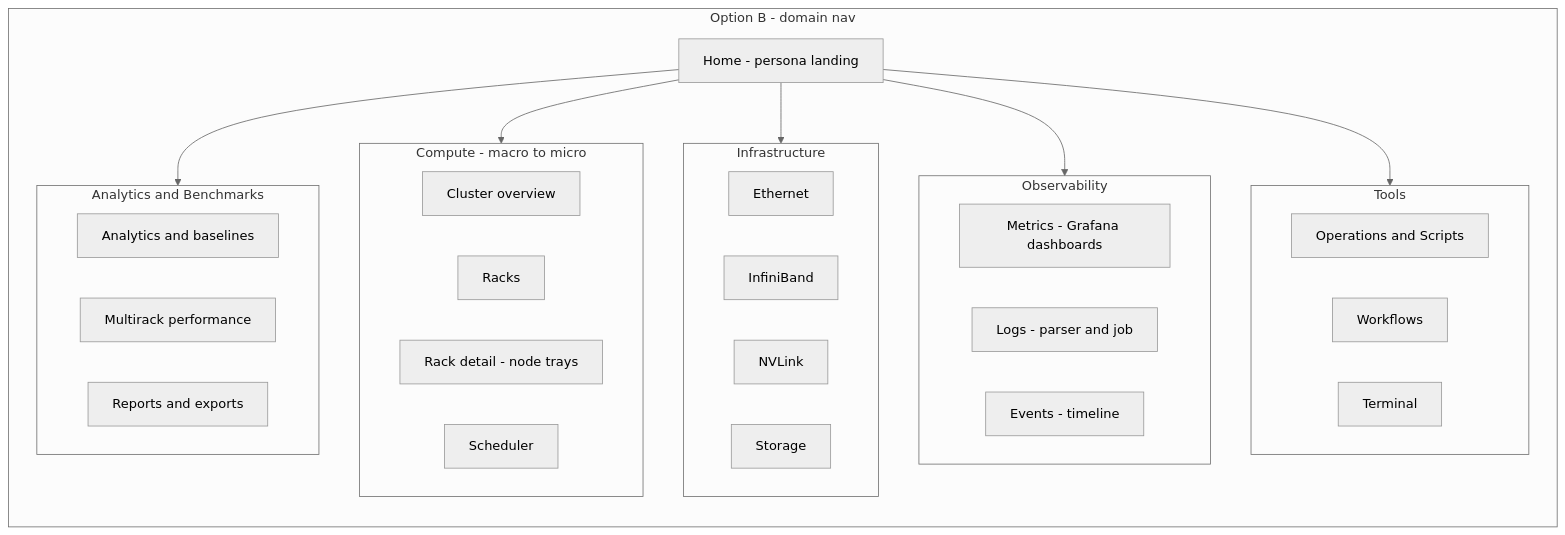
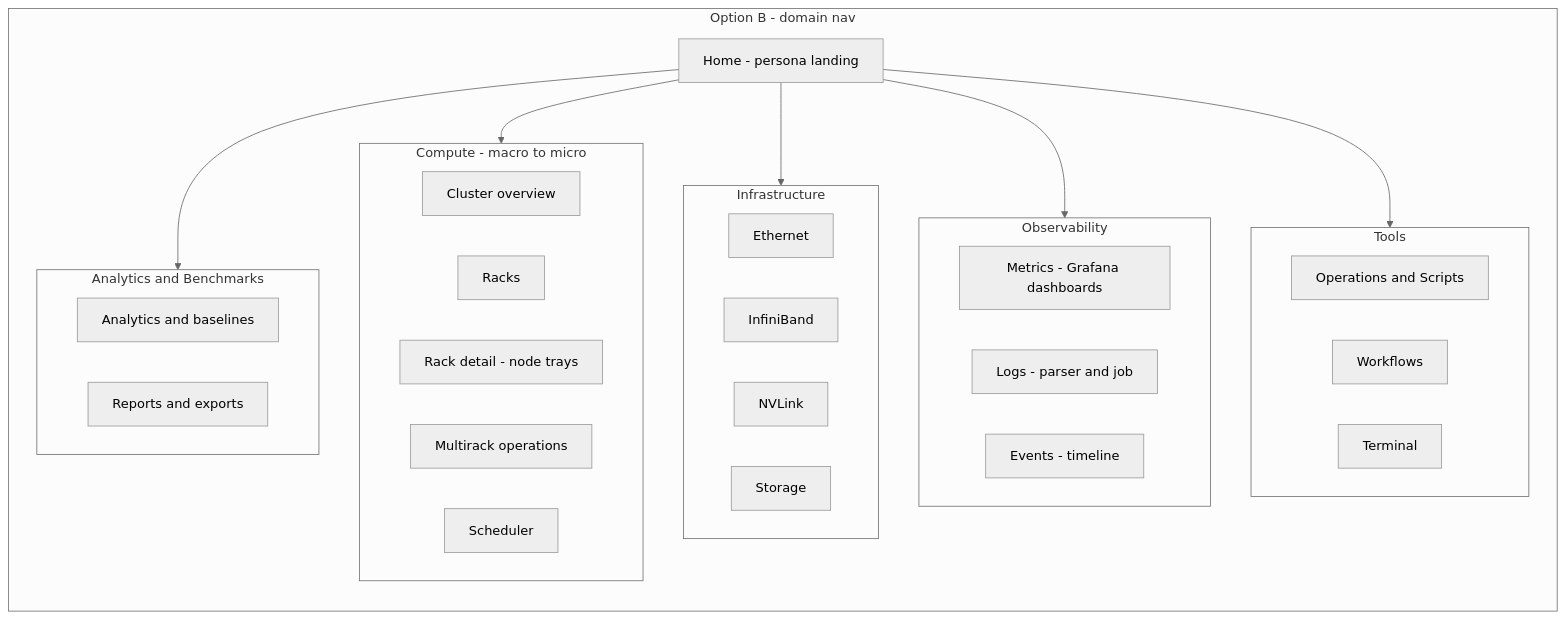
The fifth of 7 diagrams in docs/UX_FRAMEWORK.md (dfwguy/rack-status-pythoncm), drawn with Mermaid (neutral theme) before and after one commit. The commit also changed other lines of this file and 99 other files, not shown here.

````diff
--- a/docs/UX_FRAMEWORK.md
+++ b/docs/UX_FRAMEWORK.md
@@ -300,39 +307,39 @@
 ```mermaid
 flowchart TB
   subgraph B [Option B - domain nav]
     direction TB
     Home[Home - persona landing]
     subgraph c [Compute - macro to micro]
       c1[Cluster overview]
       c2[Racks]
       c3[Rack detail - node trays]
-      c4[Scheduler]
+      c4[Multirack operations]
+      c5[Scheduler]
     end
     subgraph i [Infrastructure]
       i1[Ethernet]
       i2[InfiniBand]
       i3[NVLink]
       i4[Storage]
     end
     subgraph o [Observability]
       o1[Metrics - Grafana dashboards]
       o2[Logs - parser and job]
       o3[Events - timeline]
     end
     subgraph t [Tools]
       t1[Operations and Scripts]
       t2[Workflows]
       t3[Terminal]
     end
     subgraph ab [Analytics and Benchmarks]
       ab1[Analytics and baselines]
-      ab2[Multirack performance]
       ab3[Reports and exports]
     end
     Home --> c
     Home --> i
     Home --> o
     Home --> t
     Home --> ab
   end
 ```
````
